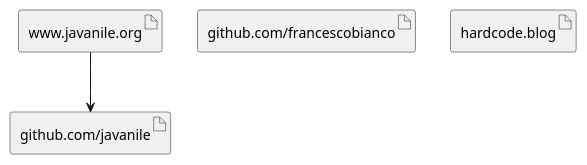
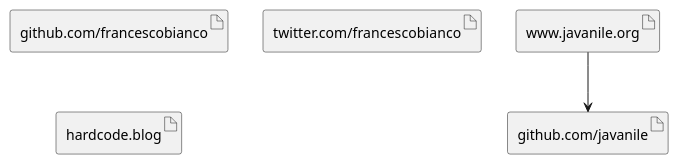
One commit to francescobianco/assets changed the diagram in docs/assets.puml. Above: the diagram before and after it, drawn with PlantUML.

```diff
--- a/docs/assets.puml
+++ b/docs/assets.puml
@@ -1,18 +1,19 @@
 @startuml
 skinparam backgroundcolor transparent
 
 '== Assets =='
 
 '-- Javanile --'
 artifact "www.javanile.org"
 artifact "github.com/javanile"
 
 '-- Francesco Bianco --'
 artifact "github.com/francescobianco"
+artifact "twitter.com/francescobianco"
 artifact "hardcode.blog"
 
 '== Connections =='
 
 [www.javanile.org] --> [github.com/javanile]
 
 @enduml
```
